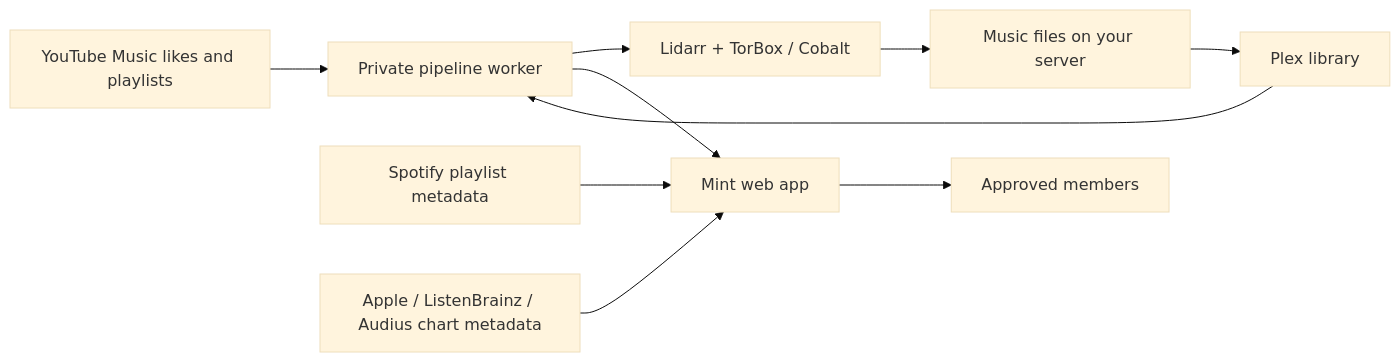
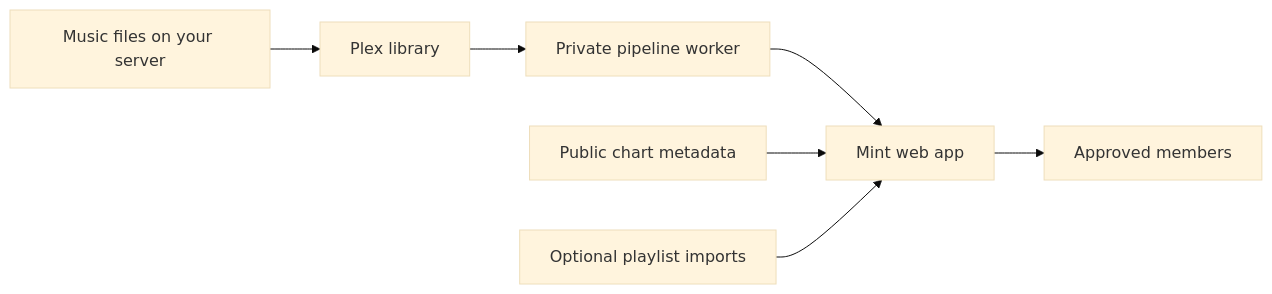
One commit to ChickenBone/mint changed the diagram in README.md. Above: the diagram before and after it, drawn with Mermaid (base theme). The commit also changed other lines of this file and 119 other files, not shown here.

````diff
--- a/README.md
+++ b/README.md
@@ -139,12 +141,9 @@
 ```mermaid
 flowchart LR
-  yt[YouTube Music likes and playlists] --> worker[Private pipeline worker]
-  worker --> sources[Lidarr + TorBox / Cobalt]
-  sources --> files[Music files on your server]
-  files --> plex[Plex library]
+  files[Music files on your server] --> plex[Plex library]
   plex --> worker
-  worker --> mint[Mint web app]
-  spotify[Spotify playlist metadata] --> mint
-  charts[Apple / ListenBrainz / Audius chart metadata] --> mint
+  worker[Private pipeline worker] --> mint[Mint web app]
+  charts[Public chart metadata] --> mint
+  imports[Optional playlist imports] --> mint
   mint --> listener[Approved members]
 ```
````
